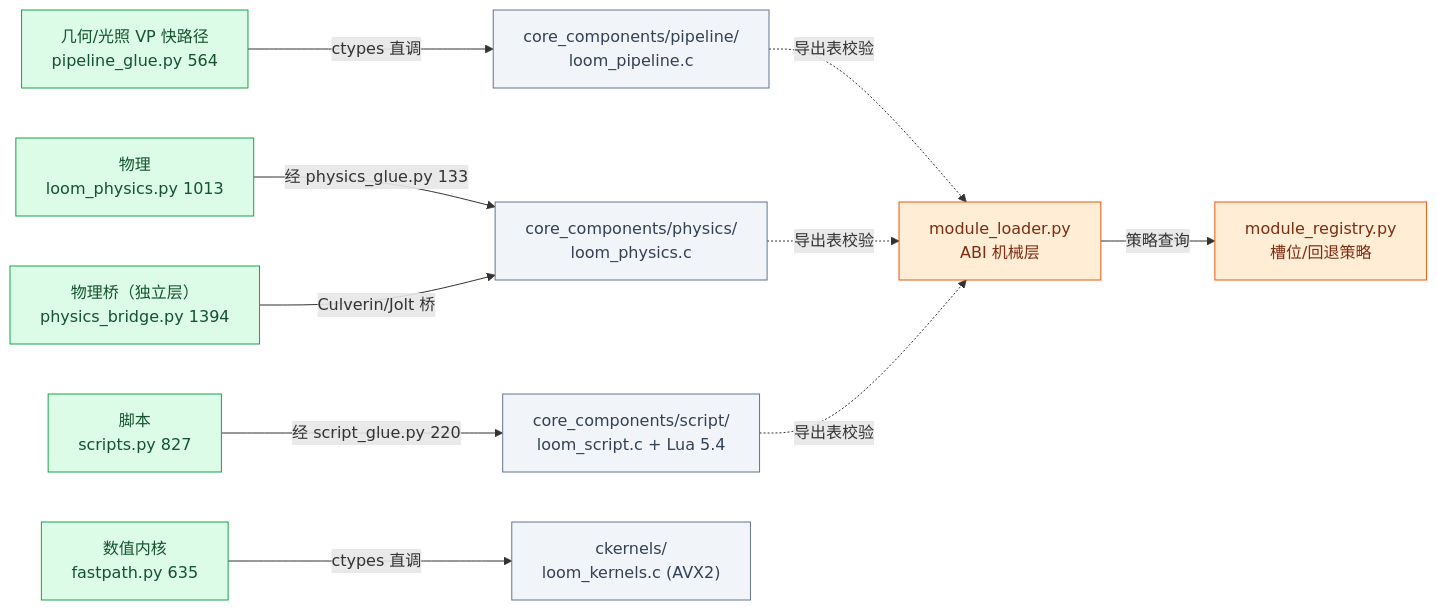
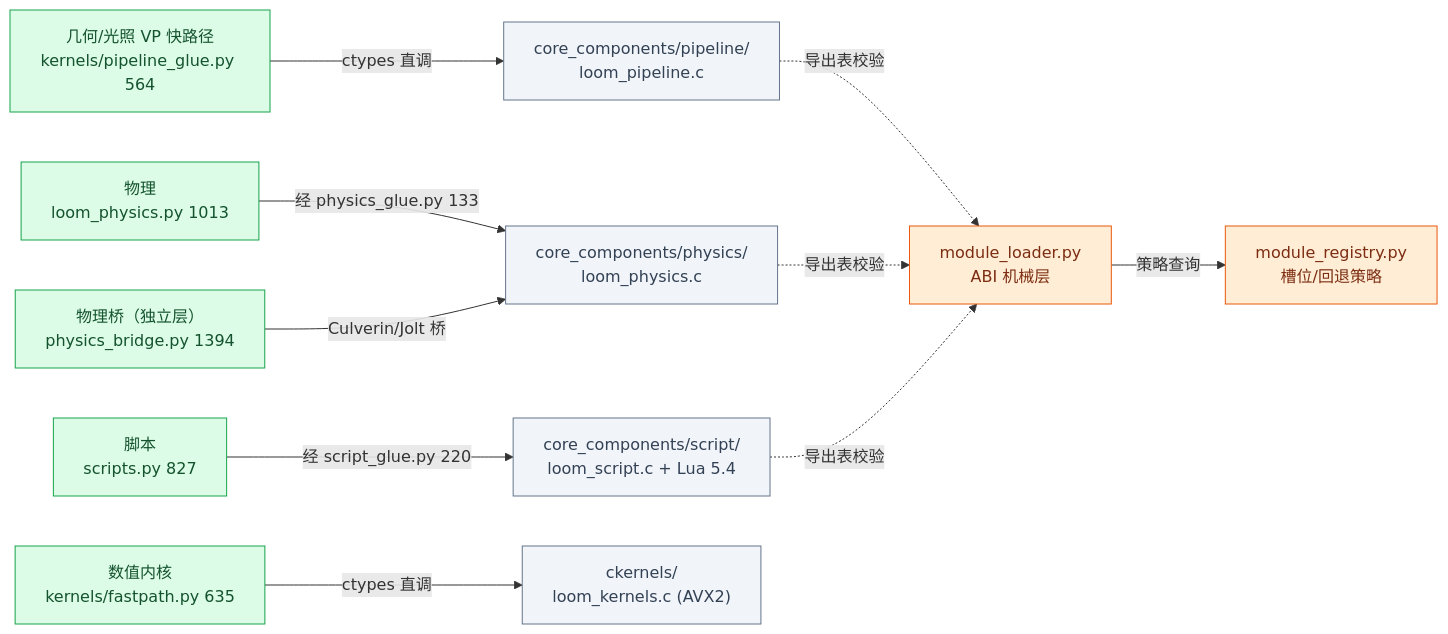
Before and after one commit to lhy302/WeaveEngine: the seventh of 23 diagrams in ARCHITECTURE.md, drawn with Mermaid. The commit also changed other lines of this file and 143 other files, not shown here.

````diff
--- a/ARCHITECTURE.md
+++ b/ARCHITECTURE.md
@@ -336,26 +336,26 @@
 ```mermaid
 flowchart LR
-  PY1["几何/光照 VP 快路径<br/>pipeline_glue.py 564"]:::impl
+  PY1["几何/光照 VP 快路径<br/>kernels/pipeline_glue.py 564"]:::impl
   PY2["物理<br/>loom_physics.py 1013"]:::impl
   PY3["物理桥（独立层）<br/>physics_bridge.py 1394"]:::impl
   PY4["脚本<br/>scripts.py 827"]:::impl
-  PY5["数值内核<br/>fastpath.py 635"]:::impl
+  PY5["数值内核<br/>kernels/fastpath.py 635"]:::impl
   C1["core_components/pipeline/<br/>loom_pipeline.c"]:::file
   C2["core_components/physics/<br/>loom_physics.c"]:::file
   C3["core_components/script/<br/>loom_script.c + Lua 5.4"]:::file
   C4["ckernels/<br/>loom_kernels.c (AVX2)"]:::file
   L["module_loader.py<br/>ABI 机械层"]:::contract
   R["module_registry.py<br/>槽位/回退策略"]:::contract
   PY1 -->|ctypes 直调| C1
   PY2 -->|经 physics_glue.py 133| C2
   PY3 -->|Culverin/Jolt 桥| C2
   PY4 -->|经 script_glue.py 220| C3
   PY5 -->|ctypes 直调| C4
   C1 -.->|导出表校验| L
   C2 -.->|导出表校验| L
   C3 -.->|导出表校验| L
   L -->|策略查询| R
   classDef impl fill:#dcfce7,stroke:#16a34a,color:#14532d
   classDef contract fill:#ffedd5,stroke:#ea580c,color:#7c2d12
   classDef file fill:#f1f5f9,stroke:#64748b,color:#334155
 ```
````
